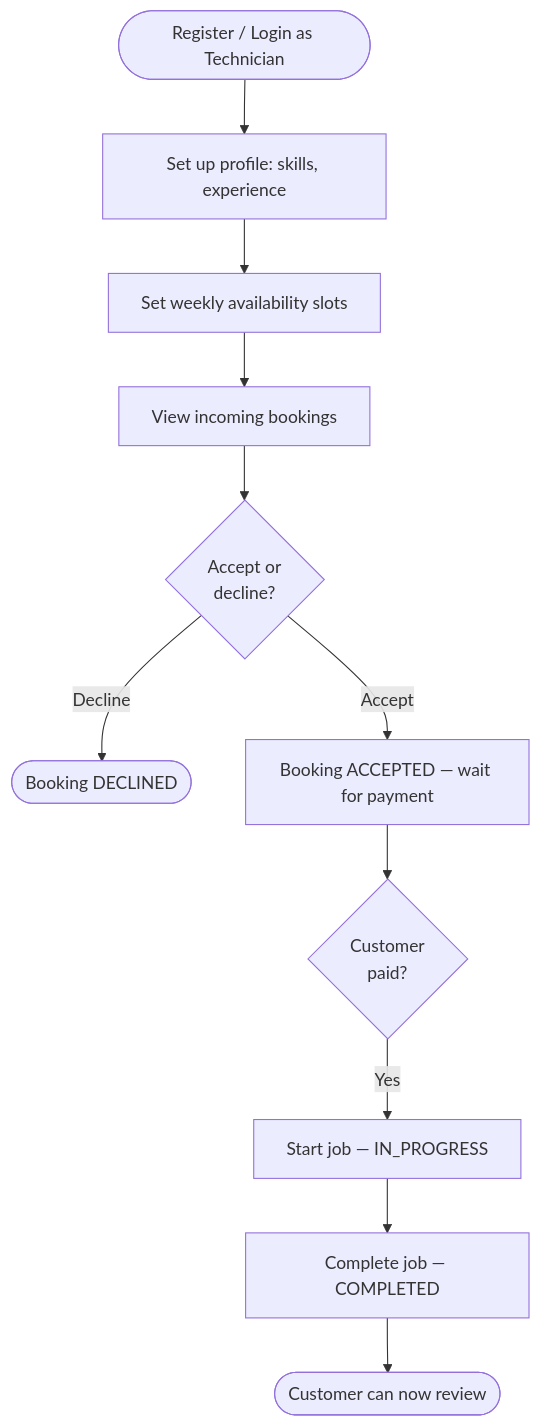
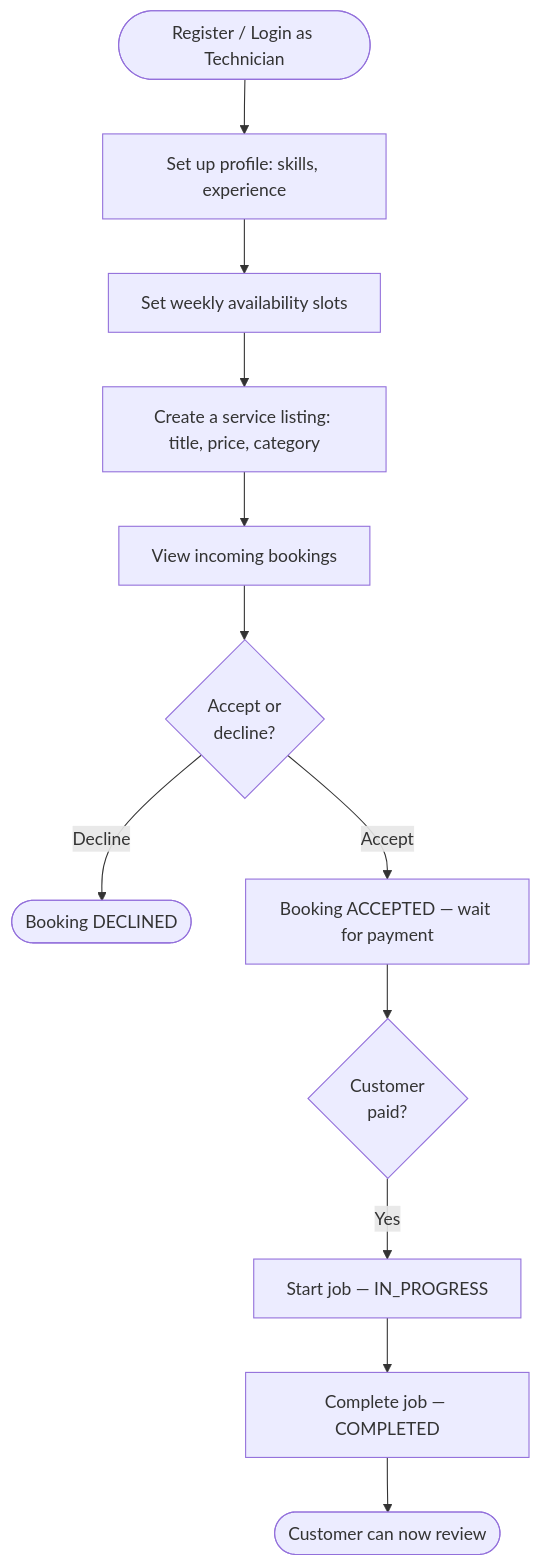
The third of 5 diagrams in README.md (Shakil-Ahmmed8882/fix-mate), drawn with Mermaid before and after one commit. The commit also changed other lines of this file and 3 other files, not shown here.

Commit message:
docs(service): document technician service create/update/delete endpoints

````diff
--- a/README.md
+++ b/README.md
@@ -338,13 +342,14 @@
 ```mermaid
 flowchart TD
     A([Register / Login as Technician]) --> B[Set up profile: skills, experience]
     B --> C[Set weekly availability slots]
-    C --> D[View incoming bookings]
+    C --> S[Create a service listing: title, price, category]
+    S --> D[View incoming bookings]
     D --> E{Accept or<br/>decline?}
     E -->|Decline| F([Booking DECLINED])
     E -->|Accept| G[Booking ACCEPTED — wait for payment]
     G --> H{Customer<br/>paid?}
     H -->|Yes| I[Start job — IN_PROGRESS]
     I --> J[Complete job — COMPLETED]
     J --> K([Customer can now review])
 ```
````
